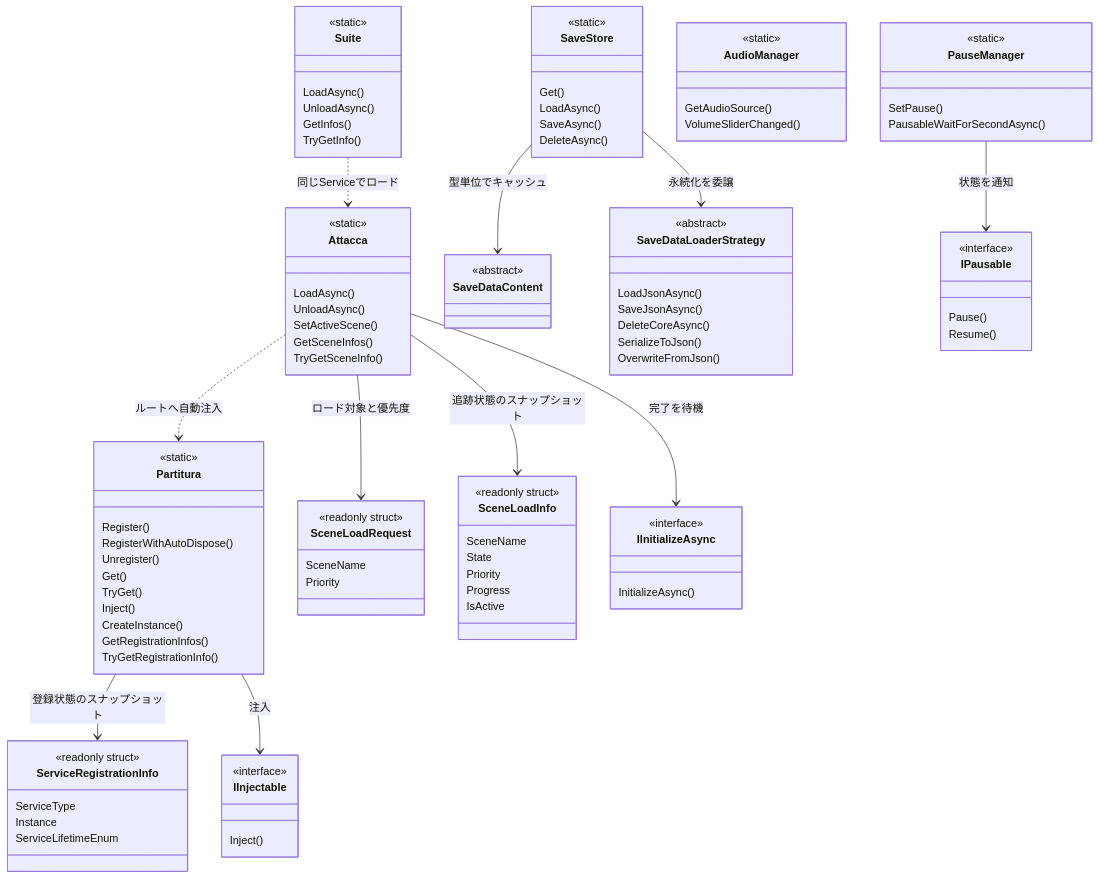
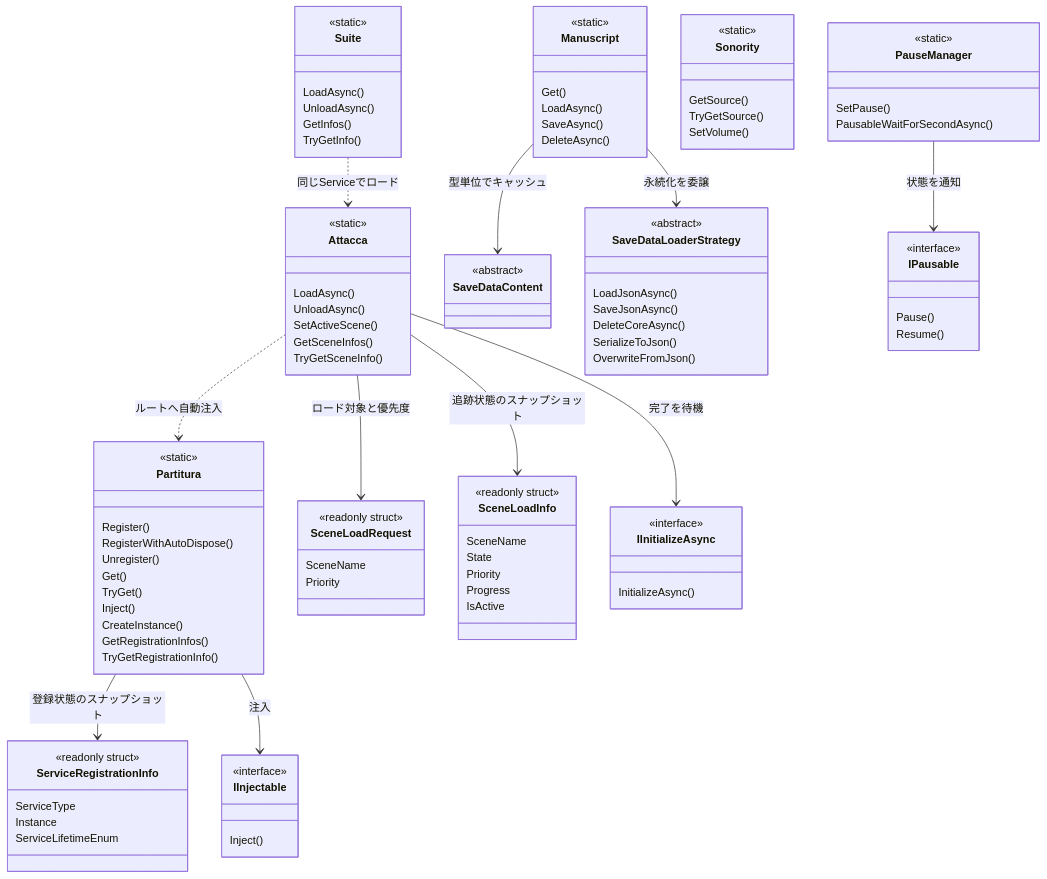
Before and after one commit to HIBIKI5201/SymphonyWorkspace: the third of 9 diagrams in Documentation/ModuleInternals.md, drawn with Mermaid. The commit also changed other lines of this file and 5 other files, not shown here.

````diff
--- a/Documentation/ModuleInternals.md
+++ b/Documentation/ModuleInternals.md
@@ -110,7 +110,7 @@
         <<interface>>
         InitializeAsync()
     }
-    class SaveStore {
+    class Manuscript {
         <<static>>
         Get()
         LoadAsync()
@@ -128,10 +128,11 @@
         SerializeToJson()
         OverwriteFromJson()
     }
-    class AudioManager {
+    class Sonority {
         <<static>>
-        GetAudioSource()
-        VolumeSliderChanged()
+        GetSource()
+        TryGetSource()
+        SetVolume()
     }
     class PauseManager {
         <<static>>
@@ -151,7 +152,7 @@
     Attacca ..> Partitura : ルートへ自動注入
     Attacca --> IInitializeAsync : 完了を待機
     Suite ..> Attacca : 同じServiceでロード
-    SaveStore --> SaveDataContent : 型単位でキャッシュ
-    SaveStore --> SaveDataLoaderStrategy : 永続化を委譲
+    Manuscript --> SaveDataContent : 型単位でキャッシュ
+    Manuscript --> SaveDataLoaderStrategy : 永続化を委譲
     PauseManager --> IPausable : 状態を通知
 ```
````
